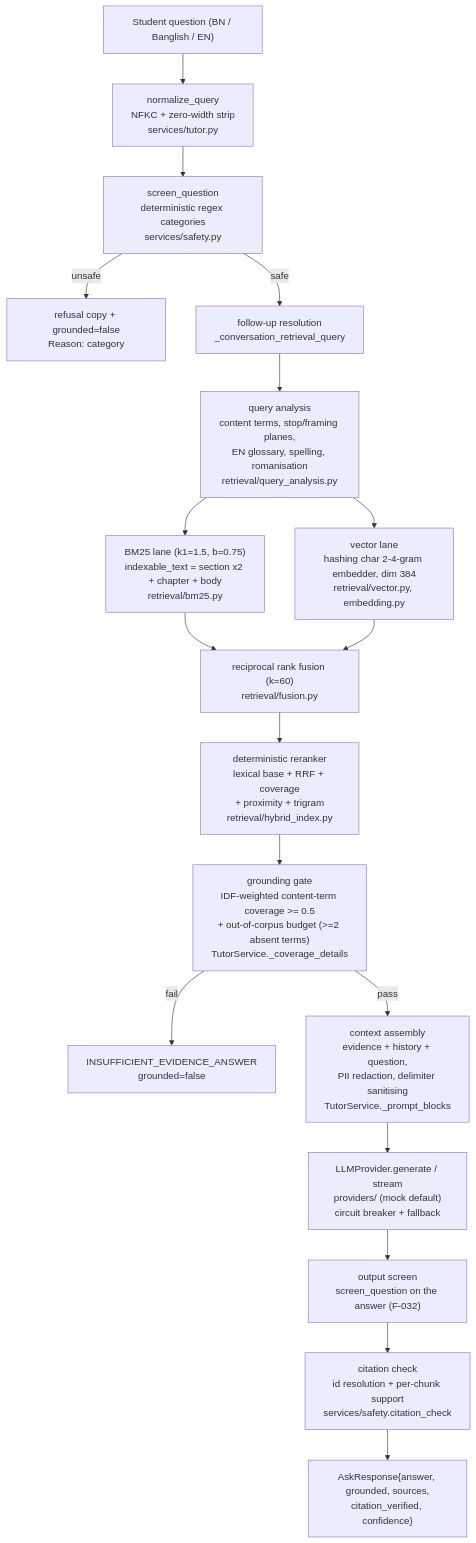
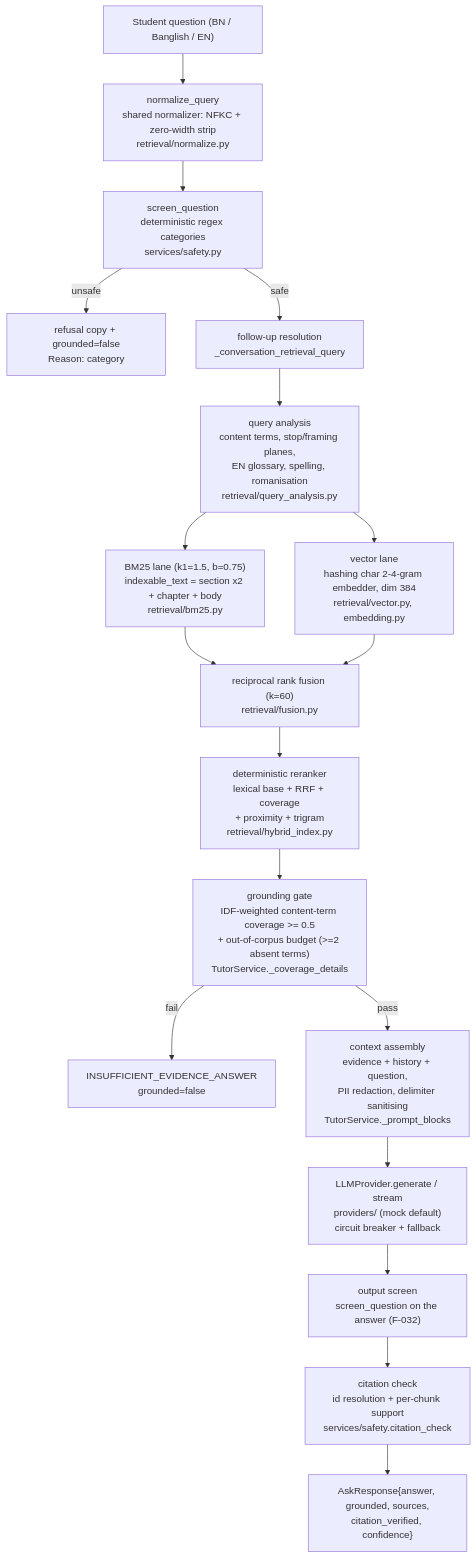
Before and after one commit to tanviruchahs2580/Bangla-GPT-APP: the diagram in docs/rag/architecture.md, drawn with Mermaid. The commit also changed other lines of this file and 6 other files, not shown here.

````diff
--- a/docs/rag/architecture.md
+++ b/docs/rag/architecture.md
@@ -15,20 +15,20 @@
 ```mermaid
 flowchart TD
-    Q["Student question (BN / Banglish / EN)"] --> NORM["normalize_query<br/>NFKC + zero-width strip<br/>services/tutor.py"]
+    Q["Student question (BN / Banglish / EN)"] --> NORM["normalize_query<br/>shared normalizer: NFKC + zero-width strip<br/>retrieval/normalize.py"]
     NORM --> SCREEN["screen_question<br/>deterministic regex categories<br/>services/safety.py"]
     SCREEN -->|unsafe| REF1["refusal copy + grounded=false<br/>Reason: category"]
     SCREEN -->|safe| FOLLOW["follow-up resolution<br/>_conversation_retrieval_query"]
     FOLLOW --> QA["query analysis<br/>content terms, stop/framing planes,<br/>EN glossary, spelling, romanisation<br/>retrieval/query_analysis.py"]
     QA --> BM25["BM25 lane (k1=1.5, b=0.75)<br/>indexable_text = section x2 + chapter + body<br/>retrieval/bm25.py"]
     QA --> VEC["vector lane<br/>hashing char 2-4-gram embedder, dim 384<br/>retrieval/vector.py, embedding.py"]
     BM25 --> FUSE["reciprocal rank fusion (k=60)<br/>retrieval/fusion.py"]
     VEC --> FUSE
     FUSE --> RERANK["deterministic reranker<br/>lexical base + RRF + coverage<br/>+ proximity + trigram<br/>retrieval/hybrid_index.py"]
     RERANK --> GATE["grounding gate<br/>IDF-weighted content-term coverage >= 0.5<br/>+ out-of-corpus budget (>=2 absent terms)<br/>TutorService._coverage_details"]
     GATE -->|fail| REF2["INSUFFICIENT_EVIDENCE_ANSWER<br/>grounded=false"]
     GATE -->|pass| CTX["context assembly<br/>evidence + history + question,<br/>PII redaction, delimiter sanitising<br/>TutorService._prompt_blocks"]
     CTX --> GEN["LLMProvider.generate / stream<br/>providers/ (mock default)<br/>circuit breaker + fallback"]
     GEN --> OUTSCREEN["output screen<br/>screen_question on the answer (F-032)"]
     OUTSCREEN --> CIT["citation check<br/>id resolution + per-chunk support<br/>services/safety.citation_check"]
     CIT --> RESP["AskResponse{answer, grounded, sources,<br/>citation_verified, confidence}"]
 ```
````
